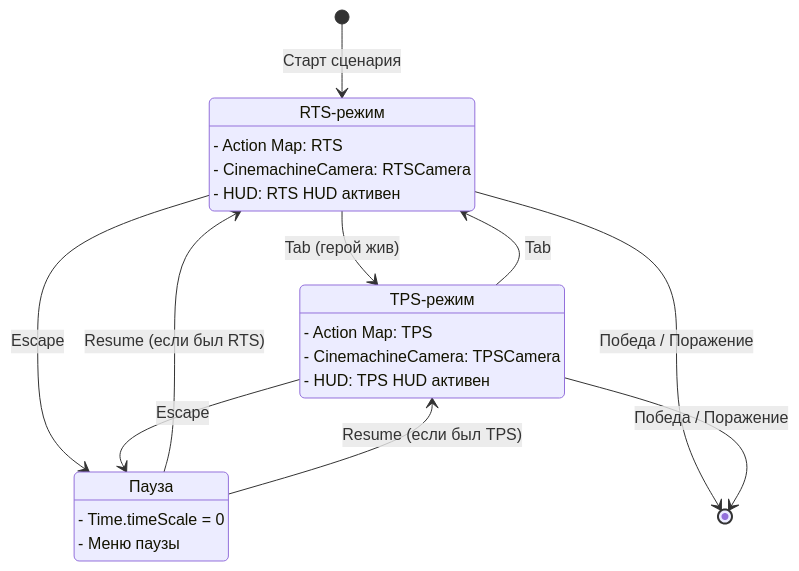
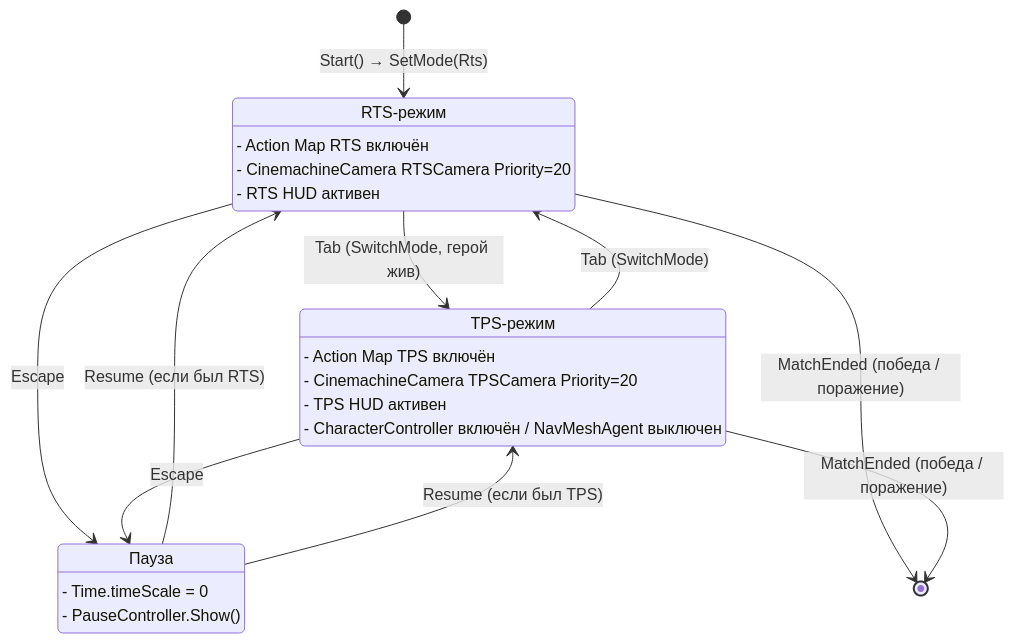
The first of 4 diagrams in Docs-Vault/02 - Architecture.md (arcsymer/diplomaGame), drawn with Mermaid before and after one commit. The commit also changed other lines of this file and 6 other files, not shown here.

````diff
--- a/Docs-Vault/02 - Architecture.md
+++ b/Docs-Vault/02 - Architecture.md
@@ -39,28 +57,29 @@
 ```mermaid
 stateDiagram-v2
-    [*] --> RTS : Старт сценария
+    [*] --> RTS : Start() → SetMode(Rts)
 
     RTS : RTS-режим
-    RTS : - Action Map: RTS
-    RTS : - CinemachineCamera: RTSCamera
-    RTS : - HUD: RTS HUD активен
+    RTS : - Action Map RTS включён
+    RTS : - CinemachineCamera RTSCamera Priority=20
+    RTS : - RTS HUD активен
 
     TPS : TPS-режим
-    TPS : - Action Map: TPS
-    TPS : - CinemachineCamera: TPSCamera
-    TPS : - HUD: TPS HUD активен
+    TPS : - Action Map TPS включён
+    TPS : - CinemachineCamera TPSCamera Priority=20
+    TPS : - TPS HUD активен
+    TPS : - CharacterController включён / NavMeshAgent выключен
 
     Paused : Пауза
     Paused : - Time.timeScale = 0
-    Paused : - Меню паузы
+    Paused : - PauseController.Show()
 
-    RTS --> TPS : Tab (герой жив)
-    TPS --> RTS : Tab
+    RTS --> TPS : Tab (SwitchMode, герой жив)
+    TPS --> RTS : Tab (SwitchMode)
     RTS --> Paused : Escape
     TPS --> Paused : Escape
     Paused --> RTS : Resume (если был RTS)
     Paused --> TPS : Resume (если был TPS)
 
-    RTS --> [*] : Победа / Поражение
-    TPS --> [*] : Победа / Поражение
+    RTS --> [*] : MatchEnded (победа / поражение)
+    TPS --> [*] : MatchEnded (победа / поражение)
 ```
````
